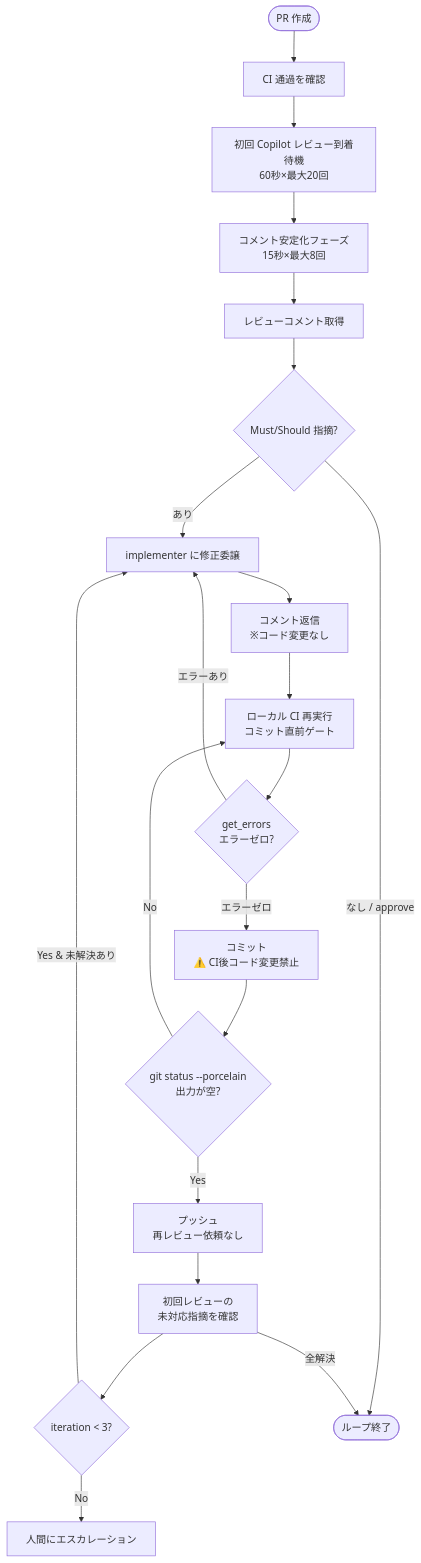
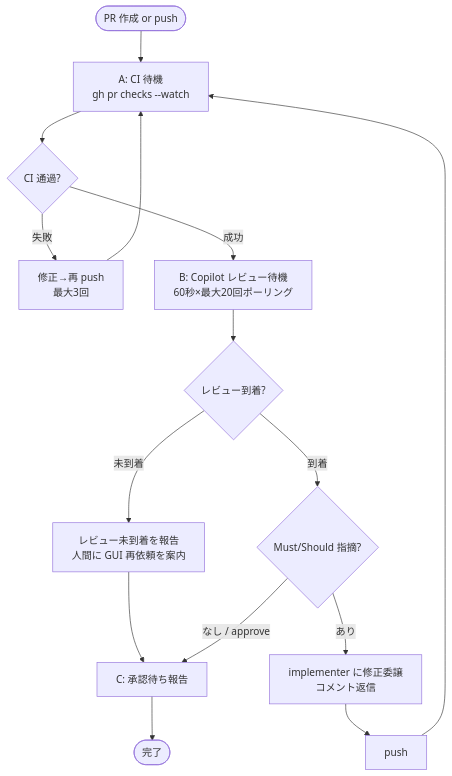
One commit to KosGit-ti/dev-orchestration-template changed the fourth of 5 diagrams in docs/orchestration.md. Above: the diagram before and after it, drawn with Mermaid. The commit also changed other lines of this file and 10 other files, not shown here.

````diff
--- a/docs/orchestration.md
+++ b/docs/orchestration.md
@@ -494,23 +499,17 @@
 ```mermaid
 flowchart TD
-    Start([PR 作成]) --> WaitCI[CI 通過を確認]
-    WaitCI --> WaitReview[初回 Copilot レビュー到着待機<br/>60秒×最大20回]
-    WaitReview --> Stable[コメント安定化フェーズ<br/>15秒×最大8回]
-    Stable --> GetComments[レビューコメント取得]
-    GetComments --> Classify{Must/Should 指摘?}
-    Classify -->|あり| Fix[implementer に修正委譲]
-    Fix --> Reply[コメント返信<br/>※コード変更なし]
-    Reply --> FinalCI[ローカル CI 再実行<br/>コミット直前ゲート]
-    FinalCI --> IDECheck{get_errors<br/>エラーゼロ?}
-    IDECheck -->|エラーあり| Fix
-    IDECheck -->|エラーゼロ| Commit[コミット<br/>⚠️ CI後コード変更禁止]
-    Commit --> CleanCheck{git status --porcelain<br/>出力が空?}
-    CleanCheck -->|No| FinalCI
-    CleanCheck -->|Yes| Push[プッシュ<br/>再レビュー依頼なし]
-    Push --> Recheck[初回レビューの<br/>未対応指摘を確認]
-    Recheck --> Inc{iteration < 3?}
-    Inc -->|Yes & 未解決あり| Fix
-    Inc -->|No| Escalate[人間にエスカレーション]
-    Classify -->|なし / approve| Done([ループ終了])
-    Recheck -->|全解決| Done
+    Start([PR 作成 or push]) --> A[A: CI 待機<br/>gh pr checks --watch]
+    A --> A_pass{CI 通過?}
+    A_pass -->|失敗| A_fix[修正→再 push<br/>最大3回]
+    A_fix --> A
+    A_pass -->|成功| B[B: Copilot レビュー待機<br/>60秒×最大20回ポーリング]
+    B --> B_arrive{レビュー到着?}
+    B_arrive -->|未到着| B_report[レビュー未到着を報告<br/>人間に GUI 再依頼を案内]
+    B_report --> C
+    B_arrive -->|到着| B_classify{Must/Should 指摘?}
+    B_classify -->|あり| B_fix[implementer に修正委譲<br/>コメント返信]
+    B_fix --> B_push[push]
+    B_push --> A
+    B_classify -->|なし / approve| C[C: 承認待ち報告]
+    C --> End([完了])
 ```
````
